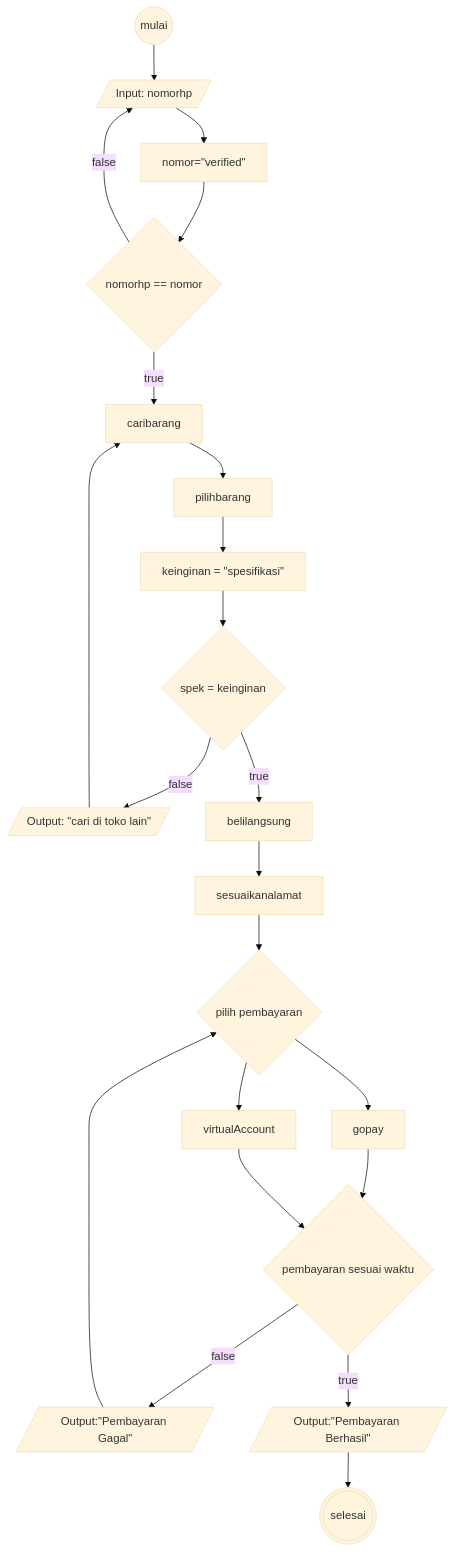
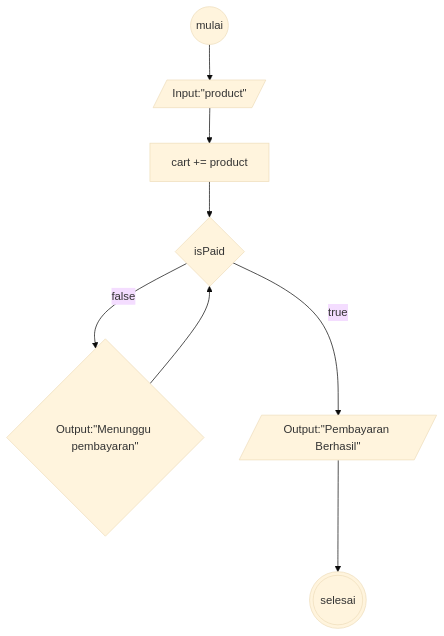
The diagram in algoritma-checkout-tokopedia.md (alhilalfathi/koda-b6-algoritma), drawn with Mermaid (base theme) before and after one commit. The commit also changed other lines of this file, not shown here.

````diff
--- a/algoritma-checkout-tokopedia.md
+++ b/algoritma-checkout-tokopedia.md
@@ -19,32 +12,17 @@
 ```mermaid
 flowchart TD
-    mulai@{ shape: circle,}
-    login@{ shape: lean-r, label: "Input: nomorhp"}
-    verif@{ label: "nomor=#quot;verified#quot;"}
-    logincek@{ shape: diamond, label: "nomorhp == nomor"}
-    cariitem@{ label: "caribarang"}
-    pilihitem@{ label: "pilihbarang"}
-    keinginan@{ label: "keinginan = #quot;spesifikasi#quot;"}
-    spek@{ shape: diamond, label: "spek = keinginan"}
-    false1@{ shape: lean-r, label: "Output: #quot;cari di toko lain#quot;"}
-    true1@{ label: "belilangsung"}
-    alamat@{ label: "sesuaikanalamat"}
-    pembayaran@{ shape: diamond, label: "pilih pembayaran"}
-    gopay@{ label: "gopay"}
-    va@{ label: "virtualAccount"}
-    pembayaran2@{shape: diamond, label: "pembayaran sesuai waktu"}
-    false2@{shape: lean-r, label: "Output:#quot;Pembayaran Gagal#quot;"}
-    true2@{shape: lean-r, label: "Output:#quot;Pembayaran Berhasil#quot;"}
-    selesai@{ shape: dbl-circ,}
+    mulai@{ shape: circle}
+    inputProduct@{ shape: lean-r, label: "Input:#quot;product#quot;"}
+    cart@{ label: "cart += product"}
+    isPaid@{ shape: diamond, label: "isPaid"}
+    falseIsPaid@{ shape: diamond, label: "Output:#quot;Menunggu pembayaran#quot;"}
+    trueIsPaid@{ shape: lean-r, label: "Output:#quot;Pembayaran Berhasil#quot;"}
+    selesai@{ shape: dbl-circ}
 
-mulai-->login-->verif-->logincek
-logincek--true-->cariitem-->pilihitem-->keinginan-->spek
-logincek--false-->login
-spek--false-->false1-->cariitem
-spek--true-->true1-->alamat-->pembayaran
-pembayaran-->gopay-->pembayaran2
-pembayaran-->va-->pembayaran2
-pembayaran2--false-->false2-->pembayaran
-pembayaran2--true-->true2-->selesai
+mulai-->inputProduct-->cart-->isPaid
+isPaid--false-->falseIsPaid
+falseIsPaid-->isPaid
+isPaid--true-->trueIsPaid
+trueIsPaid-->selesai
 
 ```
````
